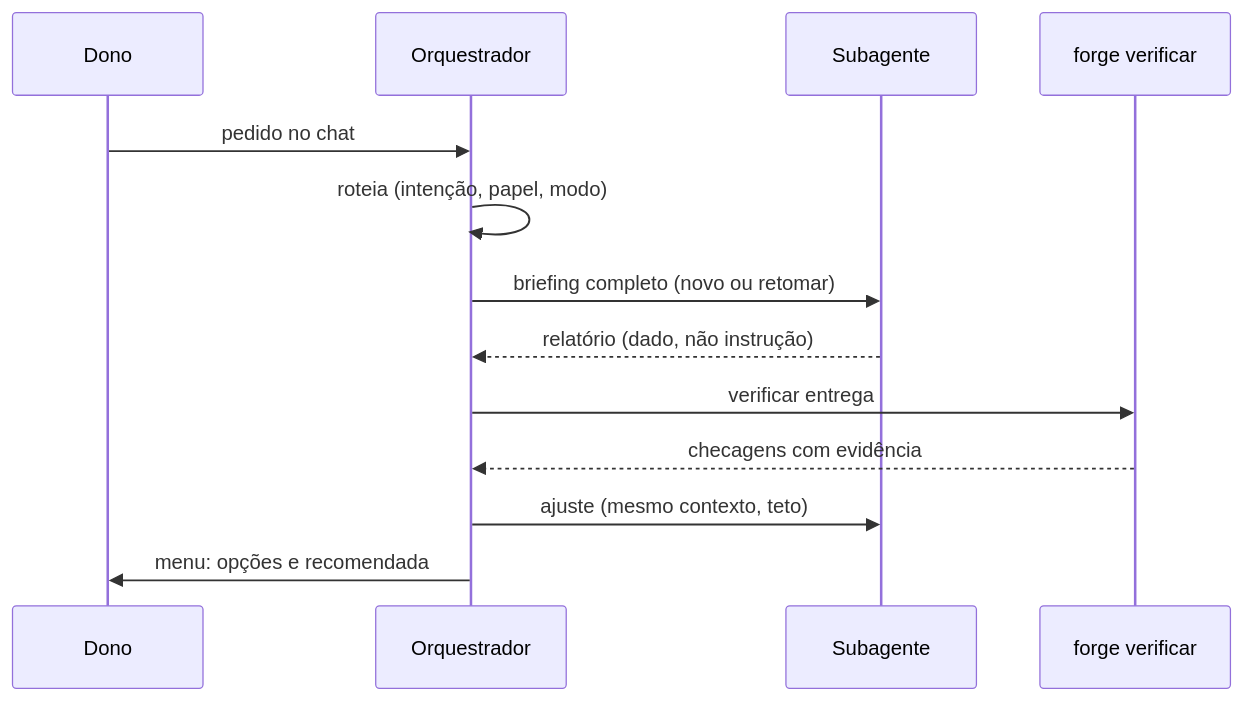
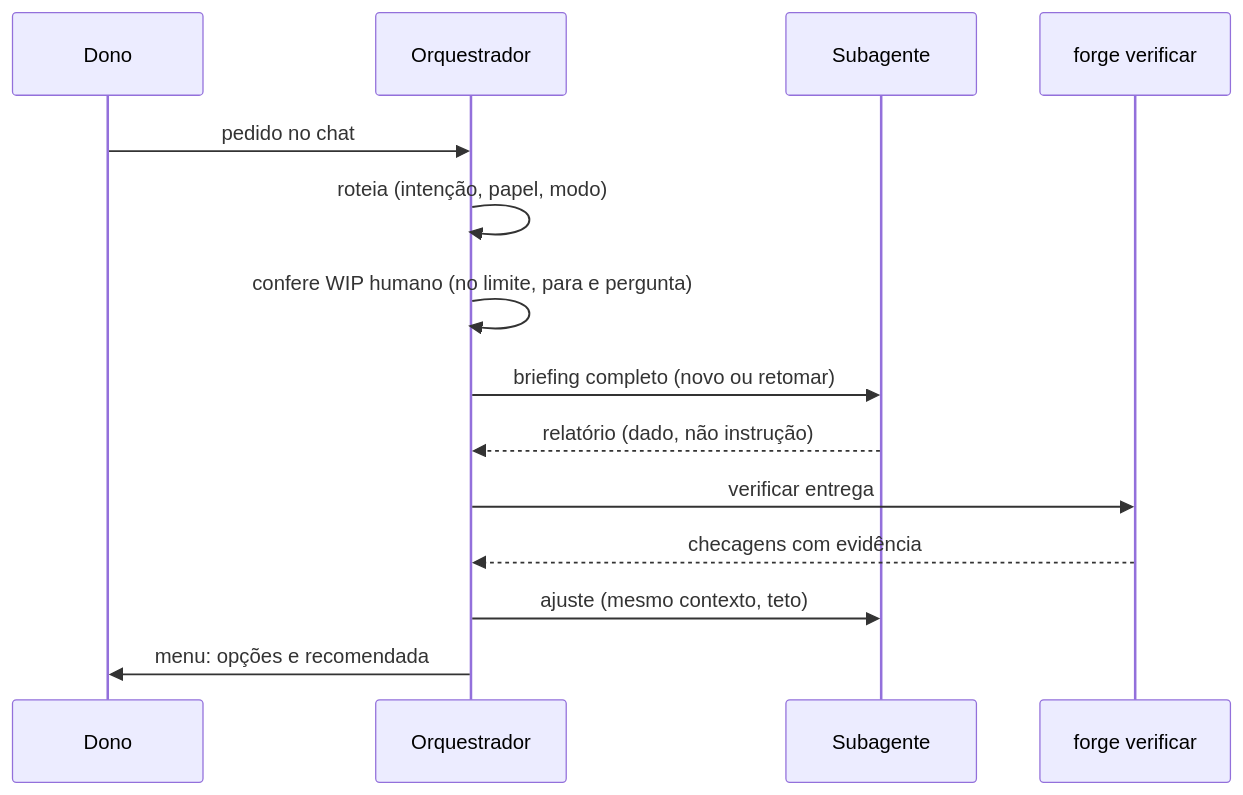
The diagram in sdd/discovery/107-orquestrador-de-sessoes/diagramas/sequencia.mmd (nathanramorim/forge-sdd), drawn with Mermaid before and after one commit. The commit also changed 5 other files, not shown here.

First line of the commit message:
docs(107): registra o Gate 1 e o WIP humano configurável na discovery

```diff
--- a/sdd/discovery/107-orquestrador-de-sessoes/diagramas/sequencia.mmd
+++ b/sdd/discovery/107-orquestrador-de-sessoes/diagramas/sequencia.mmd
@@ -1,13 +1,14 @@
 sequenceDiagram
   participant H as Dono
   participant O as Orquestrador
   participant S as Subagente
   participant V as forge verificar
   H->>O: pedido no chat
   O->>O: roteia (intenção, papel, modo)
+  O->>O: confere WIP humano (no limite, para e pergunta)
   O->>S: briefing completo (novo ou retomar)
   S-->>O: relatório (dado, não instrução)
   O->>V: verificar entrega
   V-->>O: checagens com evidência
   O->>S: ajuste (mesmo contexto, teto)
   O->>H: menu: opções e recomendada
```
